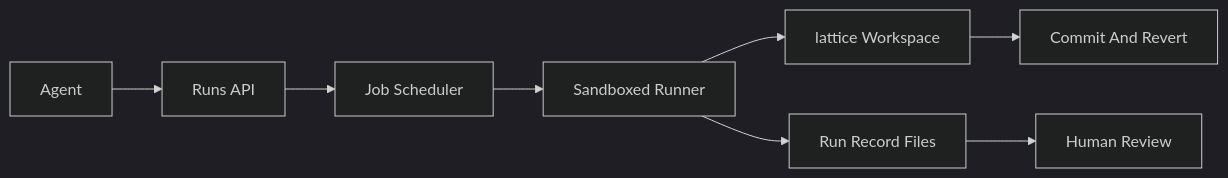
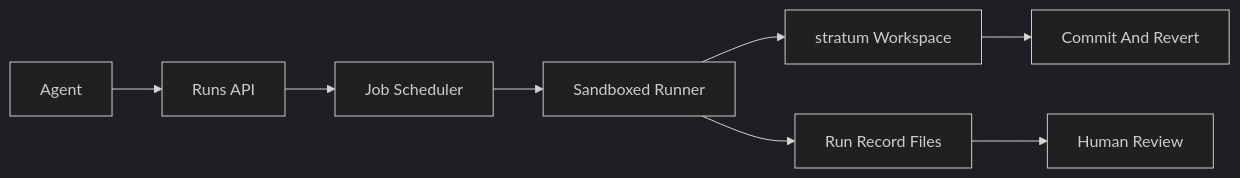
The diagram in docs/execution-roadmap.md (rajat1299/stratum), drawn with Mermaid (dark theme) before and after one commit. The commit also changed other lines of this file and 53 other files, not shown here.

````diff
--- a/docs/execution-roadmap.md
+++ b/docs/execution-roadmap.md
@@ -129,10 +129,10 @@
 ```mermaid
 flowchart LR
   agent[Agent] --> api[Runs API]
   api --> scheduler[Job Scheduler]
   scheduler --> runner[Sandboxed Runner]
-  runner --> workspace[lattice Workspace]
+  runner --> workspace[stratum Workspace]
   runner --> runRecord[Run Record Files]
   workspace --> vcs[Commit And Revert]
   runRecord --> review[Human Review]
 ```
````
